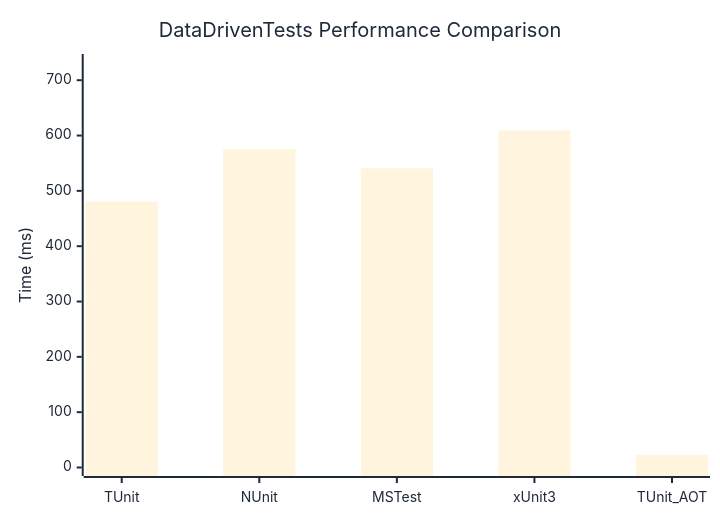
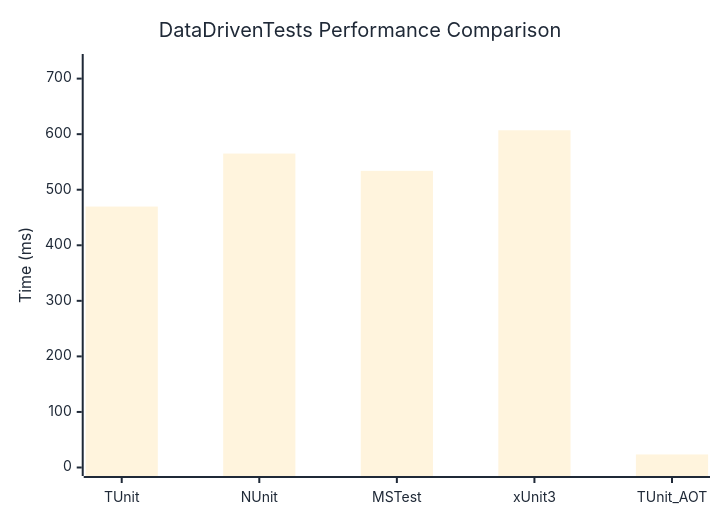
The diagram in docs/docs/benchmarks/DataDrivenTests.md (thomhurst/TUnit), drawn with Mermaid before and after one commit. The commit also changed other lines of this file and 16 other files, not shown here.

````diff
--- a/docs/docs/benchmarks/DataDrivenTests.md
+++ b/docs/docs/benchmarks/DataDrivenTests.md
@@ -27,37 +27,37 @@
 ```mermaid
 %%{init: {
   'theme':'base',
   'themeVariables': {
     'primaryColor': '#2563eb',
     'primaryTextColor': '#1f2937',
     'primaryBorderColor': '#1e40af',
     'lineColor': '#6b7280',
     'secondaryColor': '#7c3aed',
     'tertiaryColor': '#dc2626',
     'background': '#ffffff',
     'mainBkg': '#2563eb',
     'secondBkg': '#7c3aed',
     'tertiaryBkg': '#dc2626',
     'clusterBkg': '#f3f4f6',
     'edgeLabelBackground': '#ffffff',
     'tertiaryTextColor': '#1f2937',
     'pie1': '#2563eb',
     'pie2': '#7c3aed',
     'pie3': '#dc2626',
     'pie4': '#f59e0b',
     'pie5': '#10b981',
     'pie6': '#06b6d4',
     'pie7': '#ec4899',
     'pie8': '#6366f1',
     'pie9': '#84cc16',
     'pie10': '#f97316',
     'pie11': '#14b8a6',
     'pie12': '#a855f7'
   }
 }}%%
 xychart-beta
   title "DataDrivenTests Performance Comparison"
   x-axis ["TUnit", "NUnit", "MSTest", "xUnit3", "TUnit_AOT"]
-  y-axis "Time (ms)" 0 --> 732
-  bar [480.68, 575.35, 540.63, 609.45, 22.4]
+  y-axis "Time (ms)" 0 --> 729
+  bar [469.7, 565.08, 533.97, 607.03, 23.48]
 ```
````
